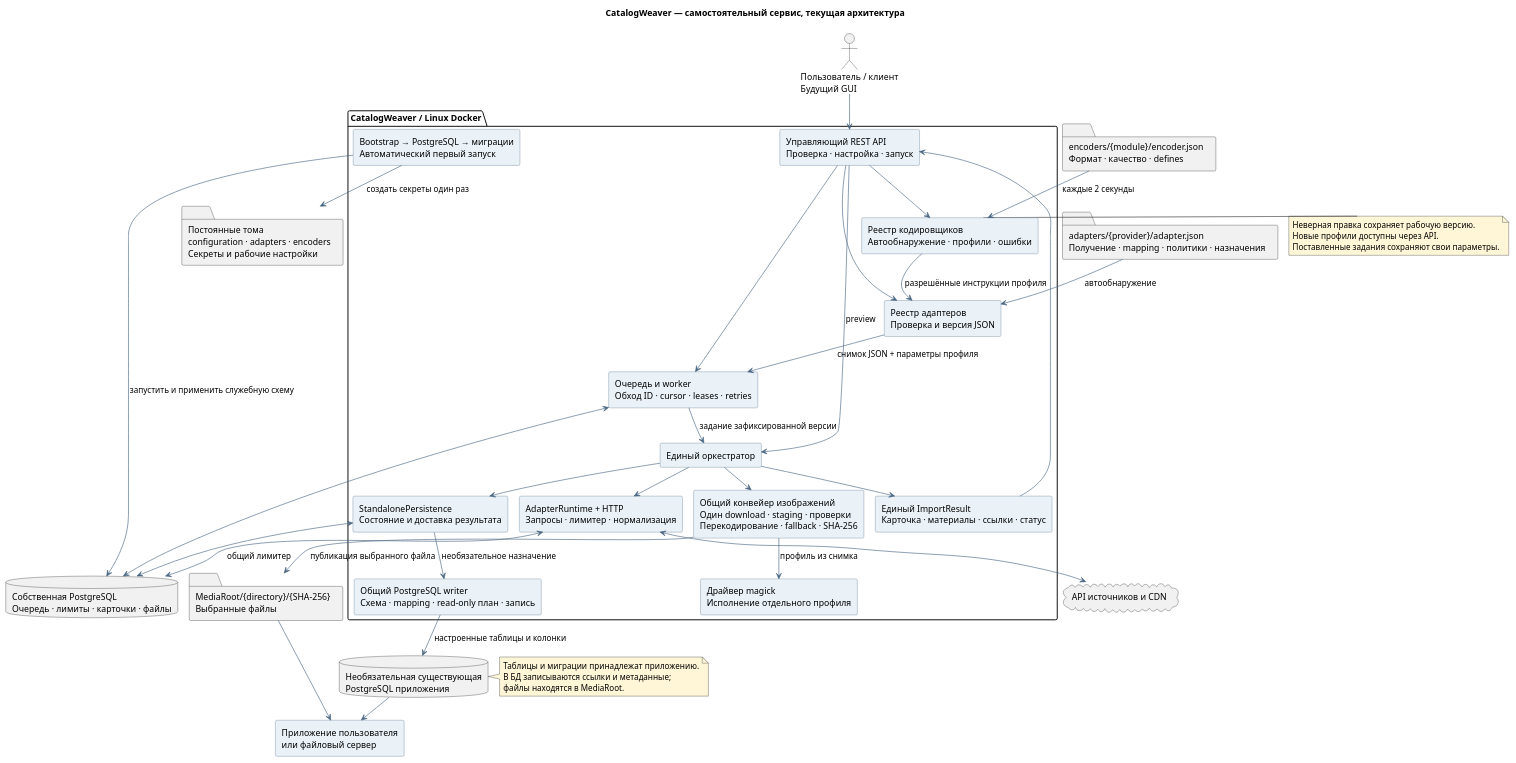
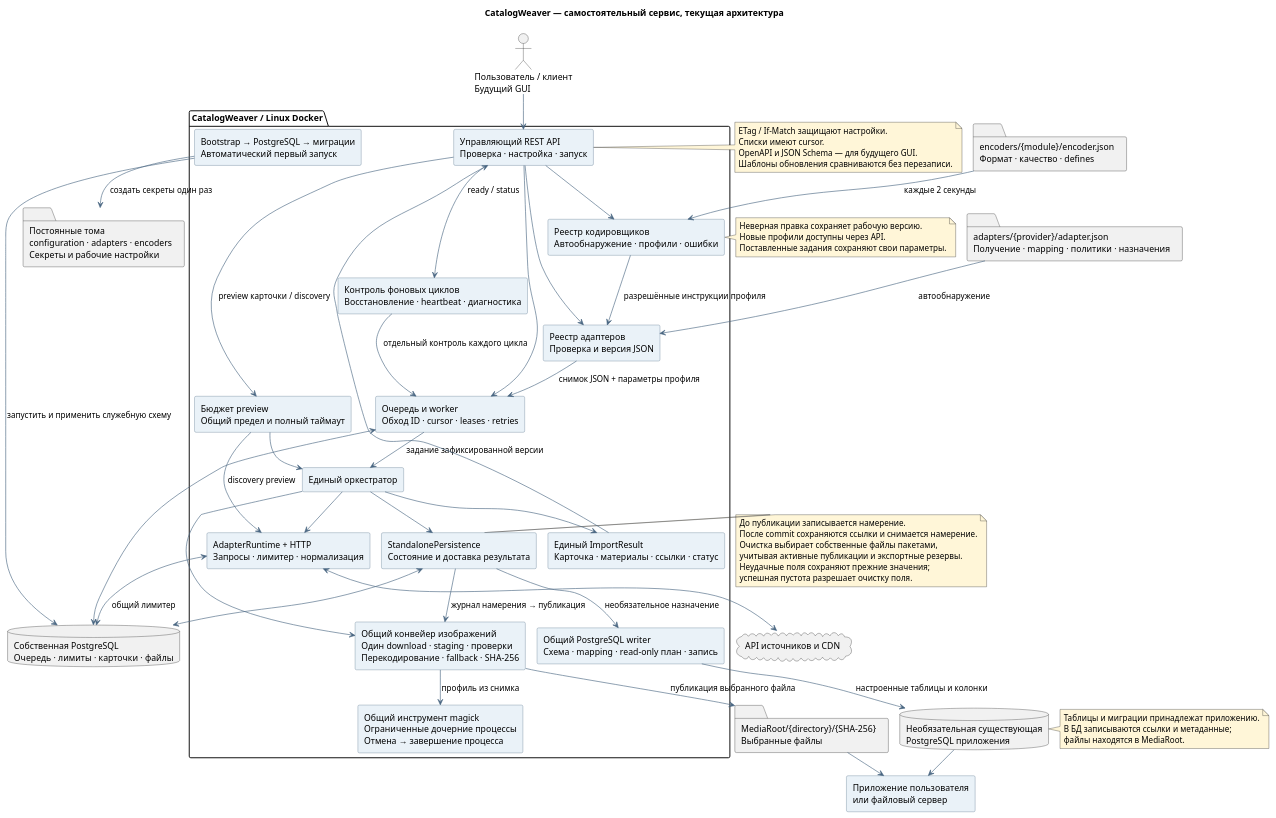
Before and after one commit to typoakk/CatalogWeaver: the first of 3 diagrams in docs/architecture.puml, drawn with PlantUML. The commit also changed other lines of this file and 81 other files, not shown here.

```diff
--- a/docs/architecture.puml
+++ b/docs/architecture.puml
@@ -1,77 +1,98 @@
 @startuml CatalogWeaver_Components
 !pragma layout smetana
 title CatalogWeaver — самостоятельный сервис, текущая архитектура
 top to bottom direction
 skinparam backgroundColor #FFFFFF
 skinparam shadowing false
 skinparam defaultFontName Arial
 skinparam componentStyle rectangle
 skinparam componentBackgroundColor #EAF2F8
 skinparam componentBorderColor #486581
 skinparam ArrowColor #486581
 skinparam noteBackgroundColor #FFF6D8
 
 actor "Пользователь / клиент\nБудущий GUI" as Client
 folder "adapters/{provider}/adapter.json\nПолучение · mapping · политики · назначения" as Adapters
 folder "encoders/{module}/encoder.json\nФормат · качество · defines" as Encoders
 cloud "API источников и CDN" as Sources
 
 package "CatalogWeaver / Linux Docker" {
   component "Bootstrap → PostgreSQL → миграции\nАвтоматический первый запуск" as Bootstrap
   component "Управляющий REST API\nПроверка · настройка · запуск" as API
+  component "Бюджет preview\nОбщий предел и полный таймаут" as Preview
   component "Реестр адаптеров\nПроверка и версия JSON" as Registry
   component "Реестр кодировщиков\nАвтообнаружение · профили · ошибки" as EncoderRegistry
   component "Очередь и worker\nОбход ID · cursor · leases · retries" as Queue
+  component "Контроль фоновых циклов\nВосстановление · heartbeat · диагностика" as Supervision
   component "Единый оркестратор" as Orchestrator
   component "AdapterRuntime + HTTP\nЗапросы · лимитер · нормализация" as Runtime
   component "Общий конвейер изображений\nОдин download · staging · проверки\nПерекодирование · fallback · SHA-256" as Images
-  component "Драйвер magick\nИсполнение отдельного профиля" as Codec
+  component "Общий инструмент magick\nОграниченные дочерние процессы\nОтмена → завершение процесса" as Codec
   component "StandalonePersistence\nСостояние и доставка результата" as Persistence
   component "Общий PostgreSQL writer\nСхема · mapping · read-only план · запись" as Writer
   component "Единый ImportResult\nКарточка · материалы · ссылки · статус" as Result
 }
 database "Собственная PostgreSQL\nОчередь · лимиты · карточки · файлы" as State
 folder "Постоянные тома\nconfiguration · adapters · encoders\nСекреты и рабочие настройки" as Settings
 database "Необязательная существующая\nPostgreSQL приложения" as Target
 folder "MediaRoot/{directory}/{SHA-256}\nВыбранные файлы" as Media
 component "Приложение пользователя\nили файловый сервер" as Application
 
 Client --> API
 Bootstrap --> Settings : создать секреты один раз
 Bootstrap --> State : запустить и применить служебную схему
 Adapters --> Registry : автообнаружение
 Encoders --> EncoderRegistry : каждые 2 секунды
 EncoderRegistry --> Registry : разрешённые инструкции профиля
 API --> Registry
 API --> EncoderRegistry
 API --> Queue
-API --> Orchestrator : preview
+API --> Preview : preview карточки / discovery
+Preview --> Orchestrator
+Preview --> Runtime : discovery preview
+API --> Supervision : ready / status
+Supervision --> Queue : отдельный контроль каждого цикла
 Registry --> Queue : снимок JSON + параметры профиля
 Queue --> Orchestrator : задание зафиксированной версии
 Orchestrator --> Runtime
 Runtime <--> Sources
 Runtime <--> State : общий лимитер
 Orchestrator --> Images
 Images --> Codec : профиль из снимка
 Images --> Media : публикация выбранного файла
 Orchestrator --> Persistence
+Persistence --> Images : журнал намерения → публикация
 Persistence --> Writer : необязательное назначение
 Writer --> Target : настроенные таблицы и колонки
 Persistence <--> State
 Queue <--> State
 Orchestrator --> Result
 Result --> API
 Target --> Application
 Media --> Application
 
 note right of Target
   Таблицы и миграции принадлежат приложению.
   В БД записываются ссылки и метаданные;
   файлы находятся в MediaRoot.
 end note
 note right of EncoderRegistry
   Неверная правка сохраняет рабочую версию.
   Новые профили доступны через API.
   Поставленные задания сохраняют свои параметры.
 end note
+note right of Persistence
+  До публикации записывается намерение.
+  После commit сохраняются ссылки и снимается намерение.
+  Очистка выбирает собственные файлы пакетами,
+  учитывая активные публикации и экспортные резервы.
+  Неудачные поля сохраняют прежние значения;
+  успешная пустота разрешает очистку поля.
+end note
+note left of API
+  ETag / If-Match защищают настройки.
+  Списки имеют cursor.
+  OpenAPI и JSON Schema — для будущего GUI.
+  Шаблоны обновления сравниваются без перезаписи.
+end note
 @enduml
```
